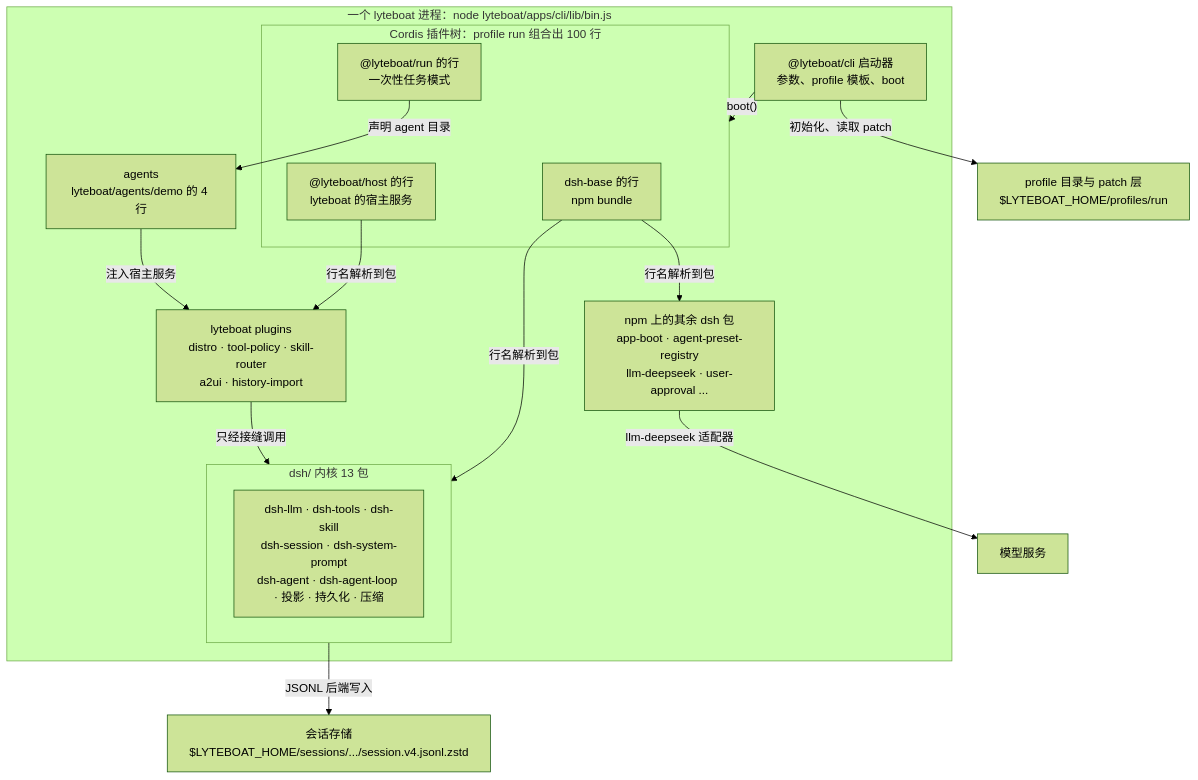
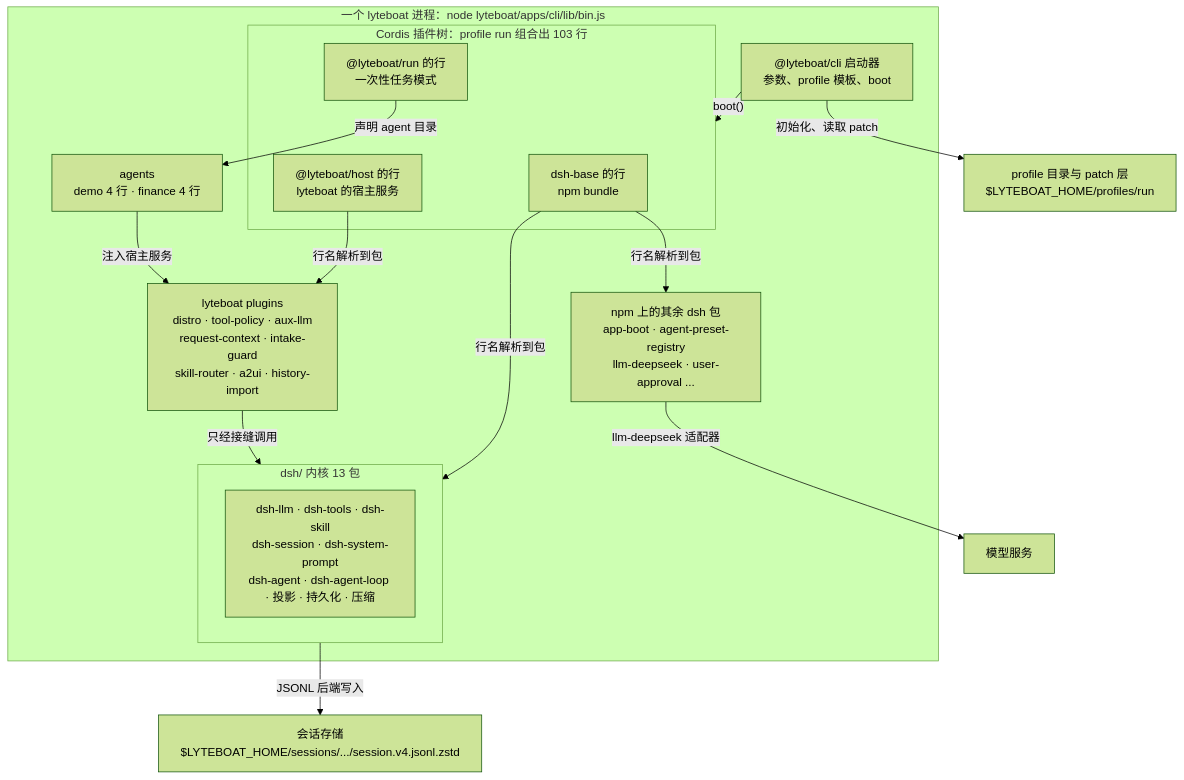
Before and after one commit to lyteboat/boat: the second of 11 diagrams in docs/01-architecture.md, drawn with Mermaid (forest theme). The commit also changed other lines of this file and 5 other files, not shown here.

````diff
--- a/docs/01-architecture.md
+++ b/docs/01-architecture.md
@@ -100,30 +102,30 @@
 ```mermaid
 flowchart TB
   subgraph PROC["一个 lyteboat 进程：node lyteboat/apps/cli/lib/bin.js"]
     cli["@lyteboat/cli 启动器<br/>参数、profile 模板、boot"]
-    subgraph TREE["Cordis 插件树：profile run 组合出 100 行"]
+    subgraph TREE["Cordis 插件树：profile run 组合出 103 行"]
       base["dsh-base 的行<br/>npm bundle"]
       host["@lyteboat/host 的行<br/>lyteboat 的宿主服务"]
       runb["@lyteboat/run 的行<br/>一次性任务模式"]
     end
     subgraph KERNEL["dsh/ 内核 13 包"]
       kpk["dsh-llm · dsh-tools · dsh-skill<br/>dsh-session · dsh-system-prompt<br/>dsh-agent · dsh-agent-loop · 投影 · 持久化 · 压缩"]
     end
     npmpk["npm 上的其余 dsh 包<br/>app-boot · agent-preset-registry<br/>llm-deepseek · user-approval ..."]
-    plugins["lyteboat plugins<br/>distro · tool-policy · skill-router<br/>a2ui · history-import"]
-    agents["agents<br/>lyteboat/agents/demo 的 4 行"]
+    plugins["lyteboat plugins<br/>distro · tool-policy · aux-llm<br/>request-context · intake-guard<br/>skill-router · a2ui · history-import"]
+    agents["agents<br/>demo 4 行 · finance 4 行"]
   end
   prof["profile 目录与 patch 层<br/>$LYTEBOAT_HOME/profiles/run"]
   store["会话存储<br/>$LYTEBOAT_HOME/sessions/.../session.v4.jsonl.zstd"]
   model["模型服务"]
   cli -->|"初始化、读取 patch"| prof
   cli -->|"boot()"| TREE
   base -->|"行名解析到包"| KERNEL
   base -->|"行名解析到包"| npmpk
   host -->|"行名解析到包"| plugins
   runb -->|"声明 agent 目录"| agents
   agents -->|"注入宿主服务"| plugins
   plugins -->|"只经接缝调用"| KERNEL
   KERNEL -->|"JSONL 后端写入"| store
   npmpk -->|"llm-deepseek 适配器"| model
 ```
````
